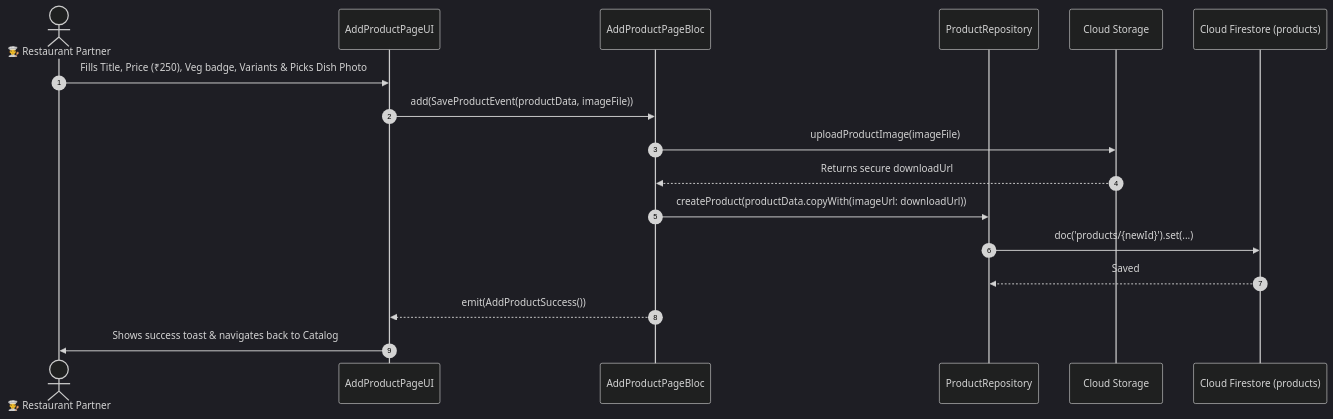
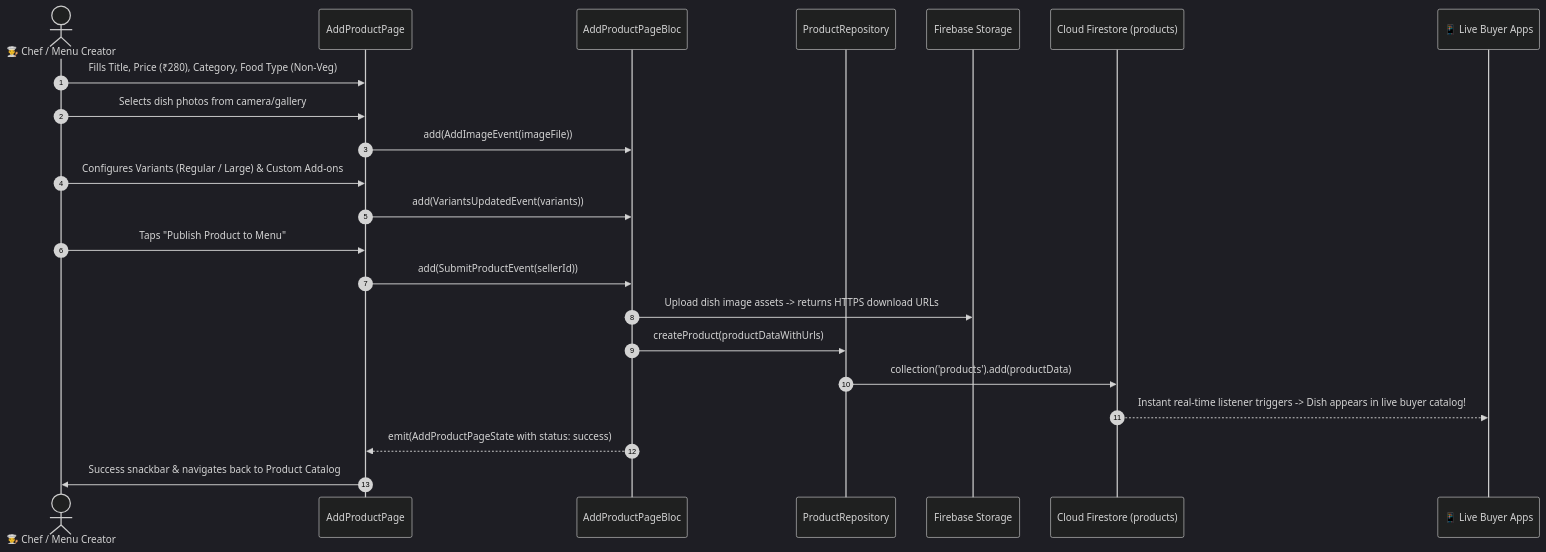
One commit to SRIKUMAR10/food_delivery_app changed the diagram in md_files/04_Seller_Human_Journey_And_Testing/04_Catalog_Menu_And_Inventory/14_ADD_PRODUCT_PAGE.md. Above: the diagram before and after it, drawn with Mermaid (dark theme). The commit also changed other lines of this file and 204 other files, not shown here.

````diff
--- a/md_files/04_Seller_Human_Journey_And_Testing/04_Catalog_Menu_And_Inventory/14_ADD_PRODUCT_PAGE.md
+++ b/md_files/04_Seller_Human_Journey_And_Testing/04_Catalog_Menu_And_Inventory/14_ADD_PRODUCT_PAGE.md
@@ -16,20 +17,25 @@
 ```mermaid
 sequenceDiagram
     autonumber
-    actor Seller as 👨‍🍳 Restaurant Partner
-    participant UI as AddProductPageUI
+    actor Chef as 👨‍🍳 Chef / Menu Creator
+    participant UI as AddProductPage
     participant Bloc as AddProductPageBloc
     participant Repo as ProductRepository
-    participant Storage as Cloud Storage
+    participant Storage as Firebase Storage
     participant FS as Cloud Firestore (products)
+    participant BuyerApp as 📱 Live Buyer Apps
 
-    Seller->>UI: Fills Title, Price (₹250), Veg badge, Variants & Picks Dish Photo
-    UI->>Bloc: add(SaveProductEvent(productData, imageFile))
-    Bloc->>Storage: uploadProductImage(imageFile)
-    Storage-->>Bloc: Returns secure downloadUrl
-    Bloc->>Repo: createProduct(productData.copyWith(imageUrl: downloadUrl))
-    Repo->>FS: doc('products/{newId}').set(...)
-    FS-->>Repo: Saved
-    Bloc-->>UI: emit(AddProductSuccess())
-    UI->>Seller: Shows success toast & navigates back to Catalog
+    Chef->>UI: Fills Title, Price (₹280), Category, Food Type (Non-Veg)
+    Chef->>UI: Selects dish photos from camera/gallery
+    UI->>Bloc: add(AddImageEvent(imageFile))
+    Chef->>UI: Configures Variants (Regular / Large) & Custom Add-ons
+    UI->>Bloc: add(VariantsUpdatedEvent(variants))
+    Chef->>UI: Taps "Publish Product to Menu"
+    UI->>Bloc: add(SubmitProductEvent(sellerId))
+    Bloc->>Storage: Upload dish image assets -> returns HTTPS download URLs
+    Bloc->>Repo: createProduct(productDataWithUrls)
+    Repo->>FS: collection('products').add(productData)
+    FS-->>BuyerApp: Instant real-time listener triggers -> Dish appears in live buyer catalog!
+    Bloc-->>UI: emit(AddProductPageState with status: success)
+    UI->>Chef: Success snackbar & navigates back to Product Catalog
 ```
````
